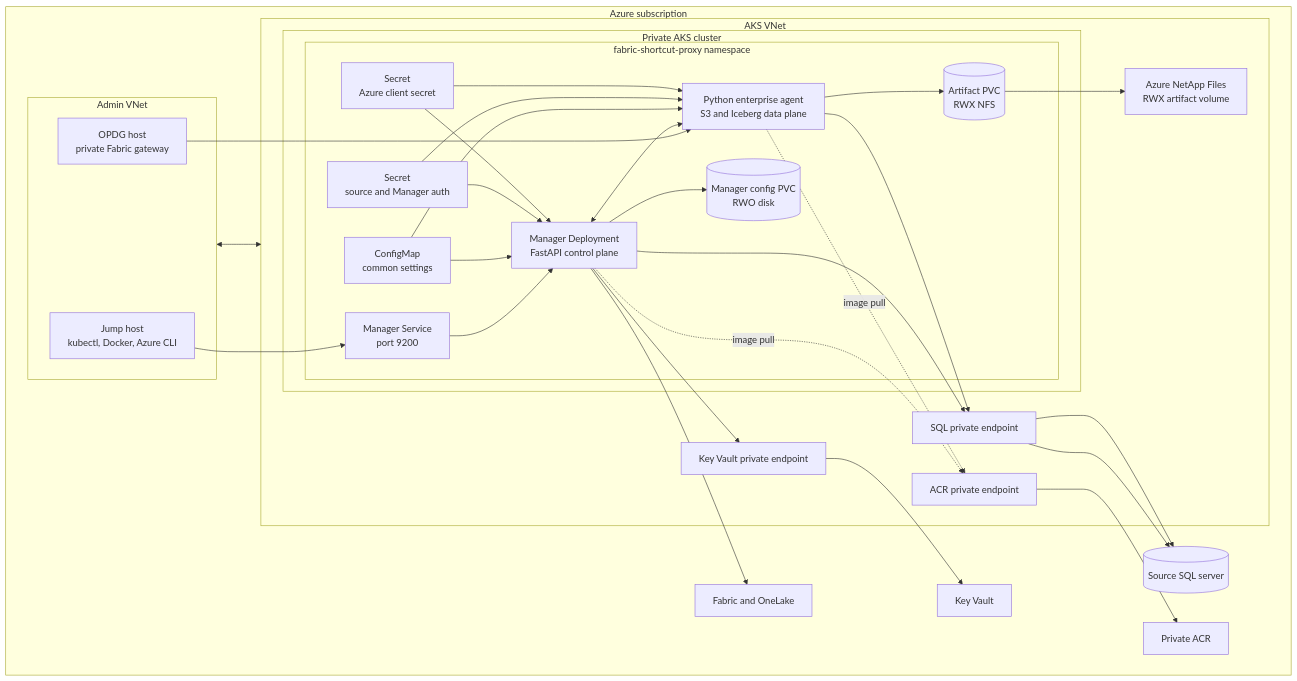
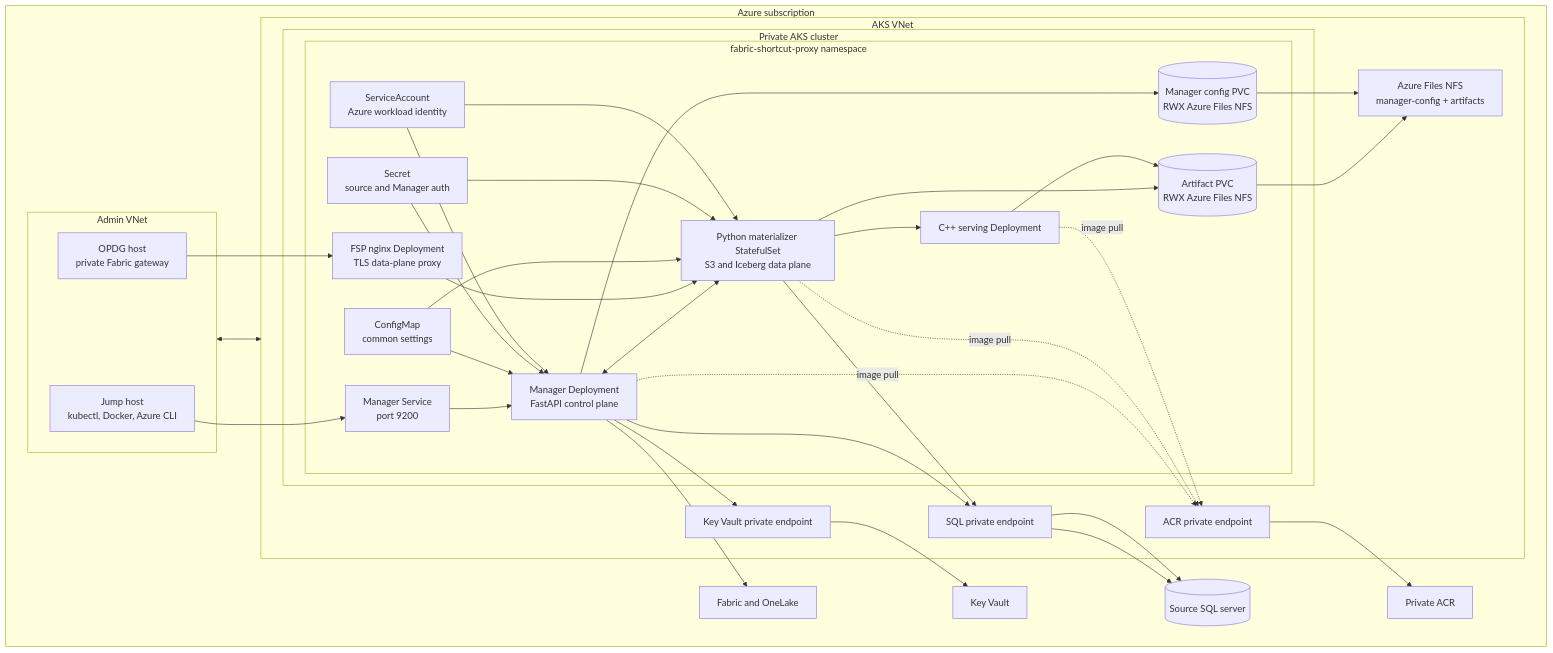
One commit to Andreas-bersgtedt/Fabric-Shortcut-Proxy changed the fifth of 8 diagrams in docs/Enterprise_Deployment_guide.md. Above: the diagram before and after it, drawn with Mermaid. The commit also changed other lines of this file and 58 other files, not shown here.

Commit message:
feat: add Helm enterprise deployment

````diff
--- a/docs/Enterprise_Deployment_guide.md
+++ b/docs/Enterprise_Deployment_guide.md
@@ -115,56 +122,63 @@
 ```mermaid
 flowchart TB
   subgraph AzureTenant[Azure subscription]
     subgraph AdminVNet[Admin VNet]
       jump[Jump host<br/>kubectl, Docker, Azure CLI]
       opdg[OPDG host<br/>private Fabric gateway]
     end
 
     subgraph AksVNet[AKS VNet]
       subgraph AKS[Private AKS cluster]
         subgraph Namespace[fabric-shortcut-proxy namespace]
           mgrsvc[Manager Service<br/>port 9200]
           manager[Manager Deployment<br/>FastAPI control plane]
-          agent[Python enterprise agent<br/>S3 and Iceberg data plane]
-          cfgpvc[(Manager config PVC<br/>RWO disk)]
-          artpvc[(Artifact PVC<br/>RWX NFS)]
+          materializer[Python materializer StatefulSet<br/>S3 and Iceberg data plane]
+          serving[C++ serving Deployment]
+          nginx[FSP nginx Deployment<br/>TLS data-plane proxy]
+          cfgpvc[(Manager config PVC<br/>RWX Azure Files NFS)]
+          artpvc[(Artifact PVC<br/>RWX Azure Files NFS)]
           common[ConfigMap<br/>common settings]
           source[Secret<br/>source and Manager auth]
-          identity[Secret<br/>Azure client secret]
+          identity[ServiceAccount<br/>Azure workload identity]
         end
       end
 
       acrpe[ACR private endpoint]
       sqlpe[SQL private endpoint]
       kvpe[Key Vault private endpoint]
-      anf[Azure NetApp Files<br/>RWX artifact volume]
+      files[Azure Files NFS<br/>manager-config + artifacts]
     end
 
     acr[Private ACR]
     sql[(Source SQL server)]
     kv[Key Vault]
     fabric[Fabric and OneLake]
   end
 
   AdminVNet <--> AksVNet
   jump --> mgrsvc
-  opdg --> agent
+  opdg --> nginx
   mgrsvc --> manager
-  manager <--> agent
+  manager <--> materializer
+  materializer --> serving
+  nginx --> materializer
   manager --> cfgpvc
-  agent --> artpvc
-  artpvc --> anf
+  materializer --> artpvc
+  serving --> artpvc
+  artpvc --> files
+  cfgpvc --> files
   manager --> kvpe --> kv
   manager --> sqlpe --> sql
-  agent --> sqlpe --> sql
+  materializer --> sqlpe --> sql
   manager --> fabric
   acrpe --> acr
   manager -. image pull .-> acrpe
-  agent -. image pull .-> acrpe
+  materializer -. image pull .-> acrpe
+  serving -. image pull .-> acrpe
   common --> manager
-  common --> agent
+  common --> materializer
   source --> manager
-  source --> agent
+  source --> materializer
   identity --> manager
-  identity --> agent
+  identity --> materializer
 ```
````
